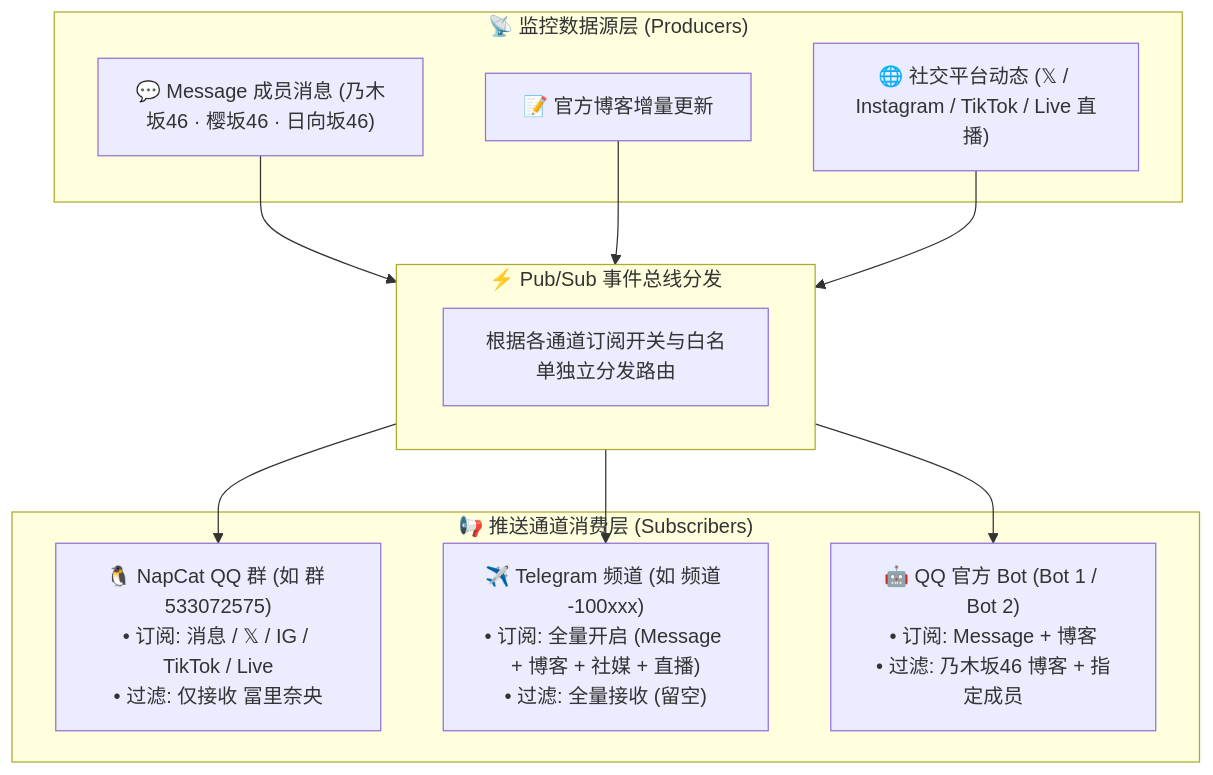
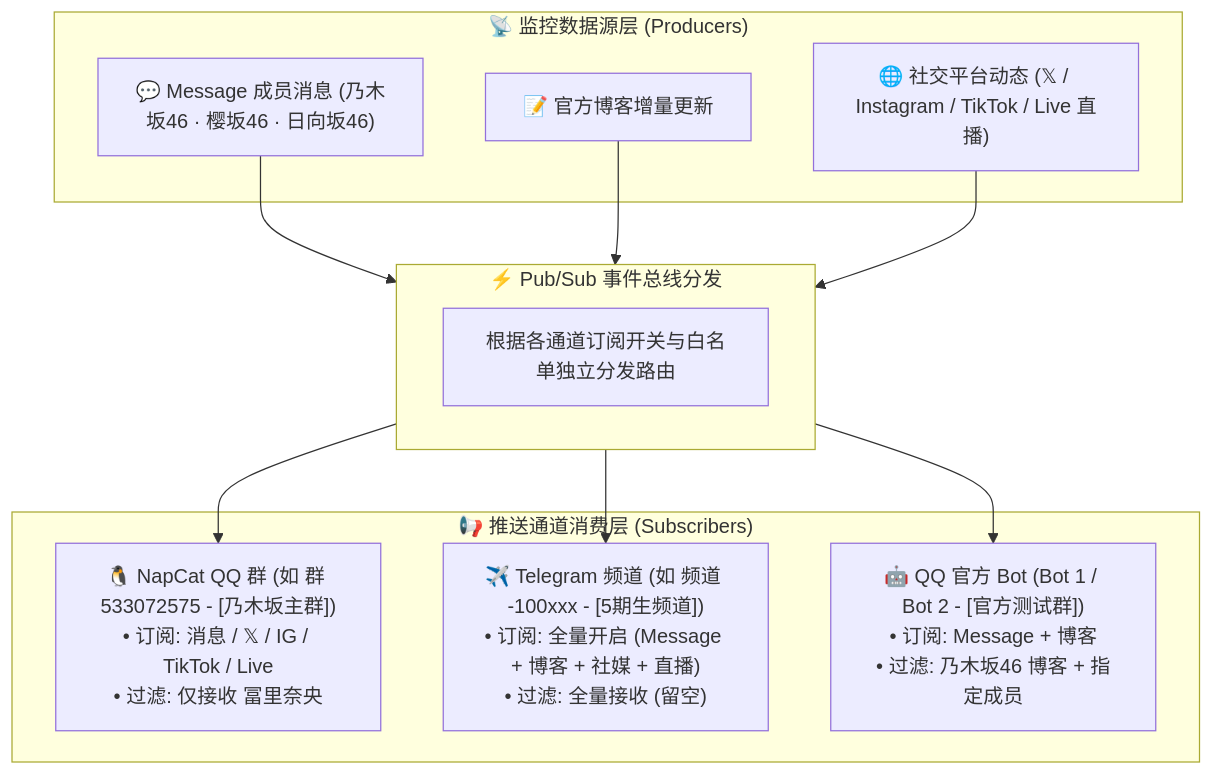
The second of 3 diagrams in README.md (TomisatoNao/nogizaka-message-push), drawn with Mermaid before and after one commit. The commit also changed other lines of this file and 13 other files, not shown here.

Commit message:
feat: support channel remarks, archive search, single-download flow, adaptive media compression, and align documentation

````diff
--- a/README.md
+++ b/README.md
@@ -363,21 +367,21 @@
 ```mermaid
 flowchart TD
     subgraph P["📡 监控数据源层 (Producers)"]
         M1["💬 Message 成员消息 (乃木坂46 · 樱坂46 · 日向坂46)"]
         M2["📝 官方博客增量更新"]
         M3["🌐 社交平台动态 (𝕏 / Instagram / TikTok / Live 直播)"]
     end
 
     subgraph Bus["⚡ Pub/Sub 事件总线分发"]
         E["根据各通道订阅开关与白名单独立分发路由"]
     end
 
     subgraph S["📢 推送通道消费层 (Subscribers)"]
-        C1["🐧 NapCat QQ 群 (如 群 533072575)<br/>• 订阅: 消息 / 𝕏 / IG / TikTok / Live<br/>• 过滤: 仅接收 冨里奈央"]
-        C2["✈️ Telegram 频道 (如 频道 -100xxx)<br/>• 订阅: 全量开启 (Message + 博客 + 社媒 + 直播)<br/>• 过滤: 全量接收 (留空)"]
-        C3["🤖 QQ 官方 Bot (Bot 1 / Bot 2)<br/>• 订阅: Message + 博客<br/>• 过滤: 乃木坂46 博客 + 指定成员"]
+        C1["🐧 NapCat QQ 群 (如 群 533072575 - [乃木坂主群])<br/>• 订阅: 消息 / 𝕏 / IG / TikTok / Live<br/>• 过滤: 仅接收 冨里奈央"]
+        C2["✈️ Telegram 频道 (如 频道 -100xxx - [5期生频道])<br/>• 订阅: 全量开启 (Message + 博客 + 社媒 + 直播)<br/>• 过滤: 全量接收 (留空)"]
+        C3["🤖 QQ 官方 Bot (Bot 1 / Bot 2 - [官方测试群])<br/>• 订阅: Message + 博客<br/>• 过滤: 乃木坂46 博客 + 指定成员"]
     end
 
     M1 & M2 & M3 --> Bus
     Bus --> C1 & C2 & C3
 ```
````
